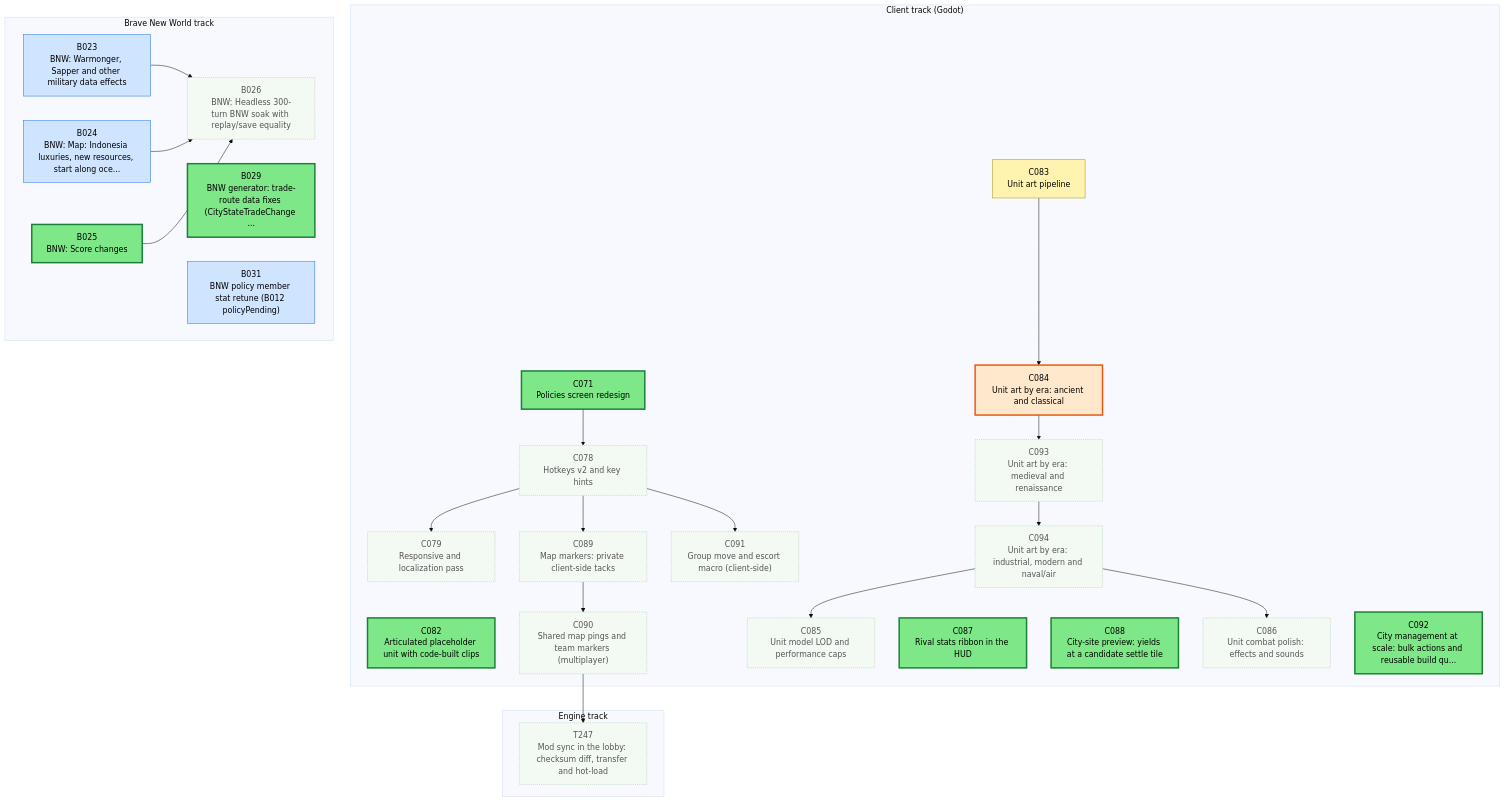
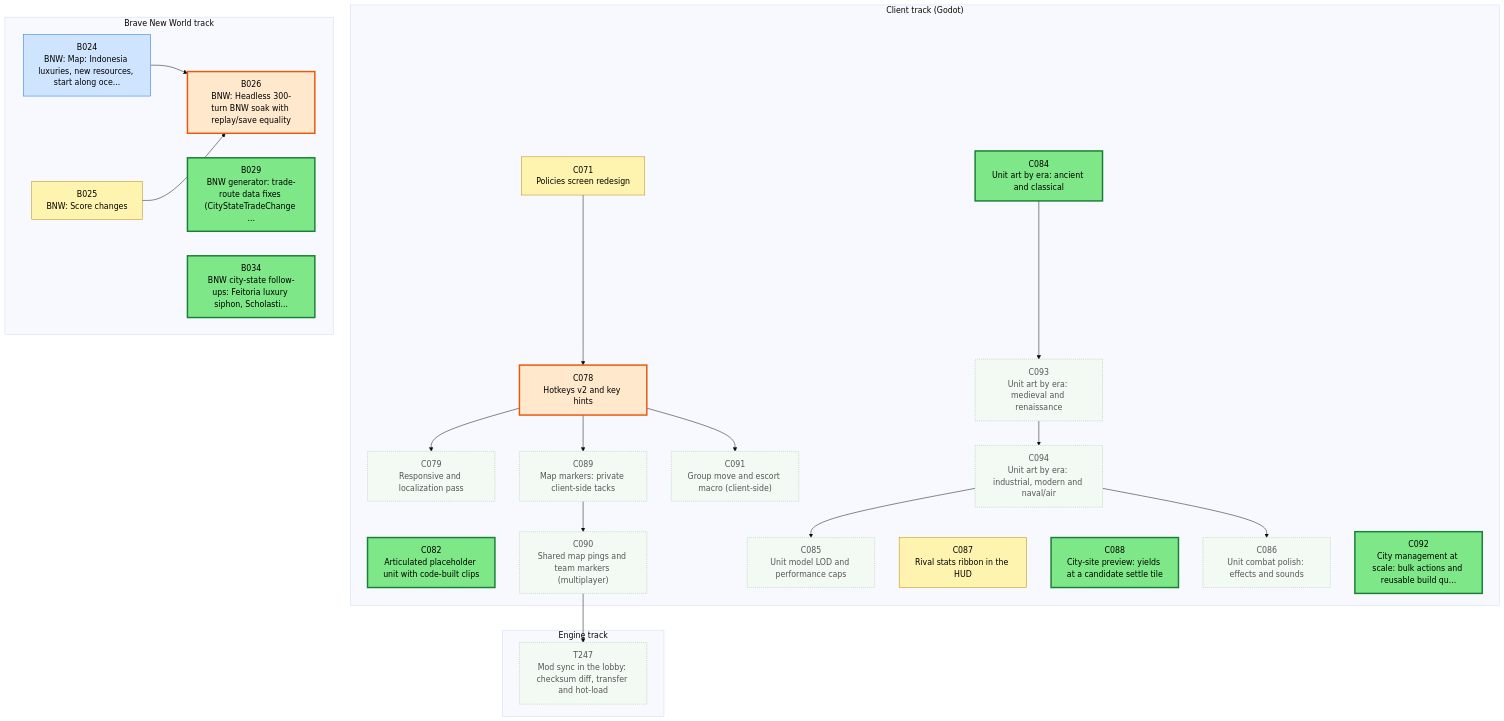
One commit to Kenmura/Unciv changed the first of 3 diagrams in csharp/migration/DEPENDENCY_MAP.md. Above: the diagram before and after it, drawn with Mermaid (base theme). The commit also changed other lines of this file and 1 other file, not shown here.

````diff
--- a/csharp/migration/DEPENDENCY_MAP.md
+++ b/csharp/migration/DEPENDENCY_MAP.md
@@ -25,76 +25,70 @@
 ```mermaid
 flowchart TD
   subgraph TTRACK["Engine track"]
     T247["T247<br/>Mod sync in the lobby: checksum diff, transfer and hot-load"]
   end
   subgraph CTRACK["Client track (Godot)"]
     C071["C071<br/>Policies screen redesign"]
     C078["C078<br/>Hotkeys v2 and key hints"]
     C079["C079<br/>Responsive and localization pass"]
     C082["C082<br/>Articulated placeholder unit with code-built clips"]
-    C083["C083<br/>Unit art pipeline"]
     C084["C084<br/>Unit art by era: ancient and classical"]
     C085["C085<br/>Unit model LOD and performance caps"]
     C086["C086<br/>Unit combat polish: effects and sounds"]
     C087["C087<br/>Rival stats ribbon in the HUD"]
     C088["C088<br/>City-site preview: yields at a candidate settle tile"]
     C089["C089<br/>Map markers: private client-side tacks"]
     C090["C090<br/>Shared map pings and team markers (multiplayer)"]
     C091["C091<br/>Group move and escort macro (client-side)"]
     C092["C092<br/>City management at scale: bulk actions and reusable build qu..."]
     C093["C093<br/>Unit art by era: medieval and renaissance"]
     C094["C094<br/>Unit art by era: industrial, modern and naval/air"]
   end
   subgraph BTRACK["Brave New World track"]
-    B023["B023<br/>BNW: Warmonger, Sapper and other military data effects"]
     B024["B024<br/>BNW: Map: Indonesia luxuries, new resources, start along oce..."]
     B025["B025<br/>BNW: Score changes"]
     B026["B026<br/>BNW: Headless 300-turn BNW soak with replay/save equality"]
     B029["B029<br/>BNW generator: trade-route data fixes (CityStateTradeChange ..."]
-    B031["B031<br/>BNW policy member stat retune (B012 policyPending)"]
+    B034["B034<br/>BNW city-state follow-ups: Feitoria luxury siphon, Scholasti..."]
   end
   C090 --> T247
   C071 --> C078
   C078 --> C079
-  C083 --> C084
   C094 --> C085
   C094 --> C086
   C078 --> C089
   C089 --> C090
   C078 --> C091
   C084 --> C093
   C093 --> C094
-  B023 --> B026
   B024 --> B026
   B025 --> B026
   classDef waiting fill:#f3faf3,stroke:#9bc49b,color:#555,stroke-dasharray:2 2
   classDef ondeck fill:#ffe8cc,stroke:#e8590c,stroke-width:3px,color:#000
   classDef ready fill:#7ee787,stroke:#1a7f37,stroke-width:3px,color:#000
   classDef prog fill:#fff3b0,stroke:#b58900,color:#000
   classDef review fill:#cfe4ff,stroke:#1f6feb,color:#000
   classDef blocked fill:#ffd6d6,stroke:#c62828,color:#000
   classDef done fill:#eeeeee,stroke:#999999,color:#666,stroke-dasharray:4 3
-  class B023 review
   class B024 review
-  class B025 ready
-  class B026 waiting
+  class B025 prog
+  class B026 ondeck
   class B029 ready
-  class B031 review
-  class C071 ready
-  class C078 waiting
+  class B034 ready
+  class C071 prog
+  class C078 ondeck
   class C079 waiting
   class C082 ready
-  class C083 prog
-  class C084 ondeck
+  class C084 ready
   class C085 waiting
   class C086 waiting
-  class C087 ready
+  class C087 prog
   class C088 ready
   class C089 waiting
   class C090 waiting
   class C091 waiting
   class C092 ready
   class C093 waiting
   class C094 waiting
   class T247 waiting
 ```
````
